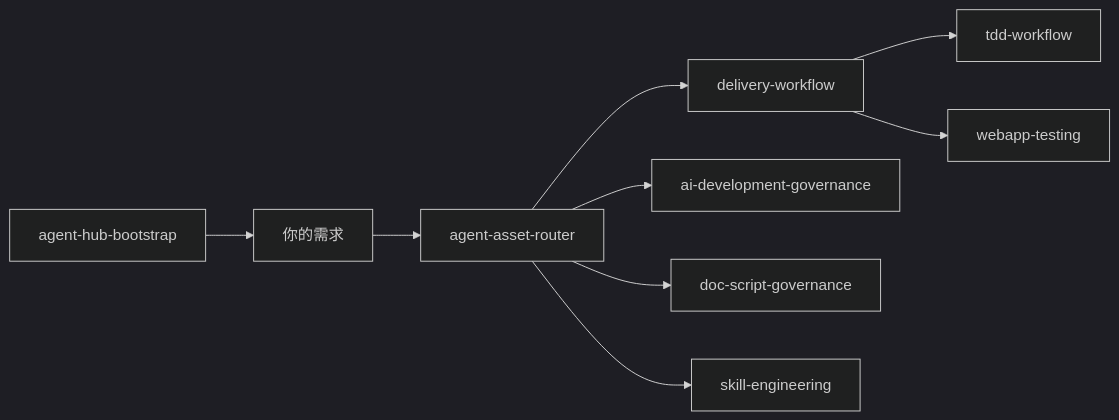
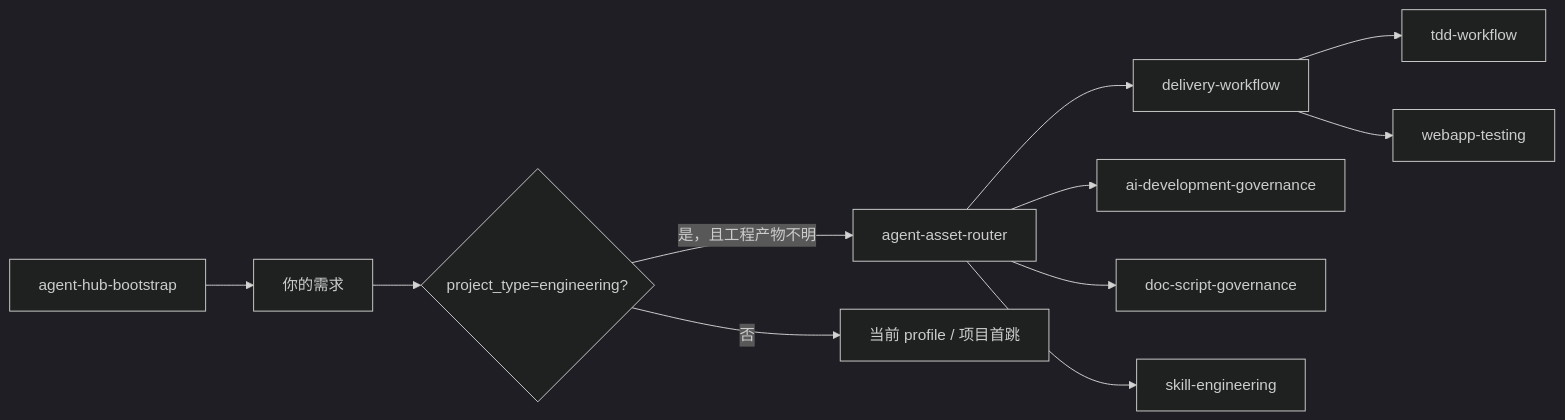
Before and after one commit to yxkong/agent-hub-share: the diagram in docs/getting-started/SKILLS_GUIDE.md, drawn with Mermaid (dark theme). The commit also changed other lines of this file and 48 other files, not shown here.

````diff
--- a/docs/getting-started/SKILLS_GUIDE.md
+++ b/docs/getting-started/SKILLS_GUIDE.md
@@ -225,11 +238,13 @@
 ```mermaid
 flowchart LR
-  U[你的需求] --> R[agent-asset-router]
+  U[你的需求] --> E{project_type=engineering?}
+  E -->|是，且工程产物不明| R[agent-asset-router]
+  E -->|否| P[当前 profile / 项目首跳]
   R --> D[delivery-workflow]
   R --> G[ai-development-governance]
   R --> DOC[doc-script-governance]
   R --> SE[skill-engineering]
   D --> TDD[tdd-workflow]
   D --> WEB[webapp-testing]
   BOOT[agent-hub-bootstrap] --> U
 ```
````
